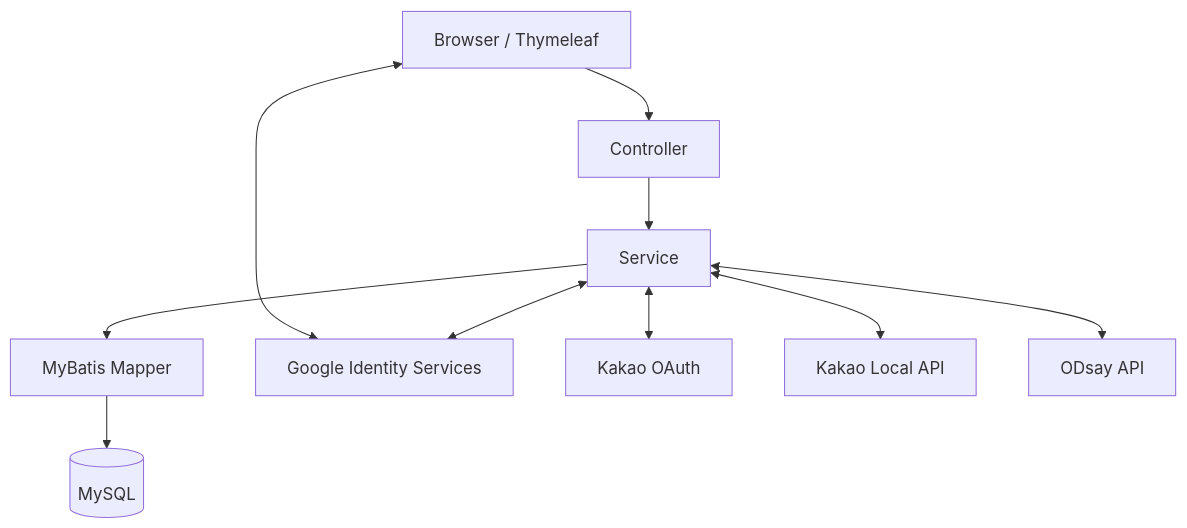
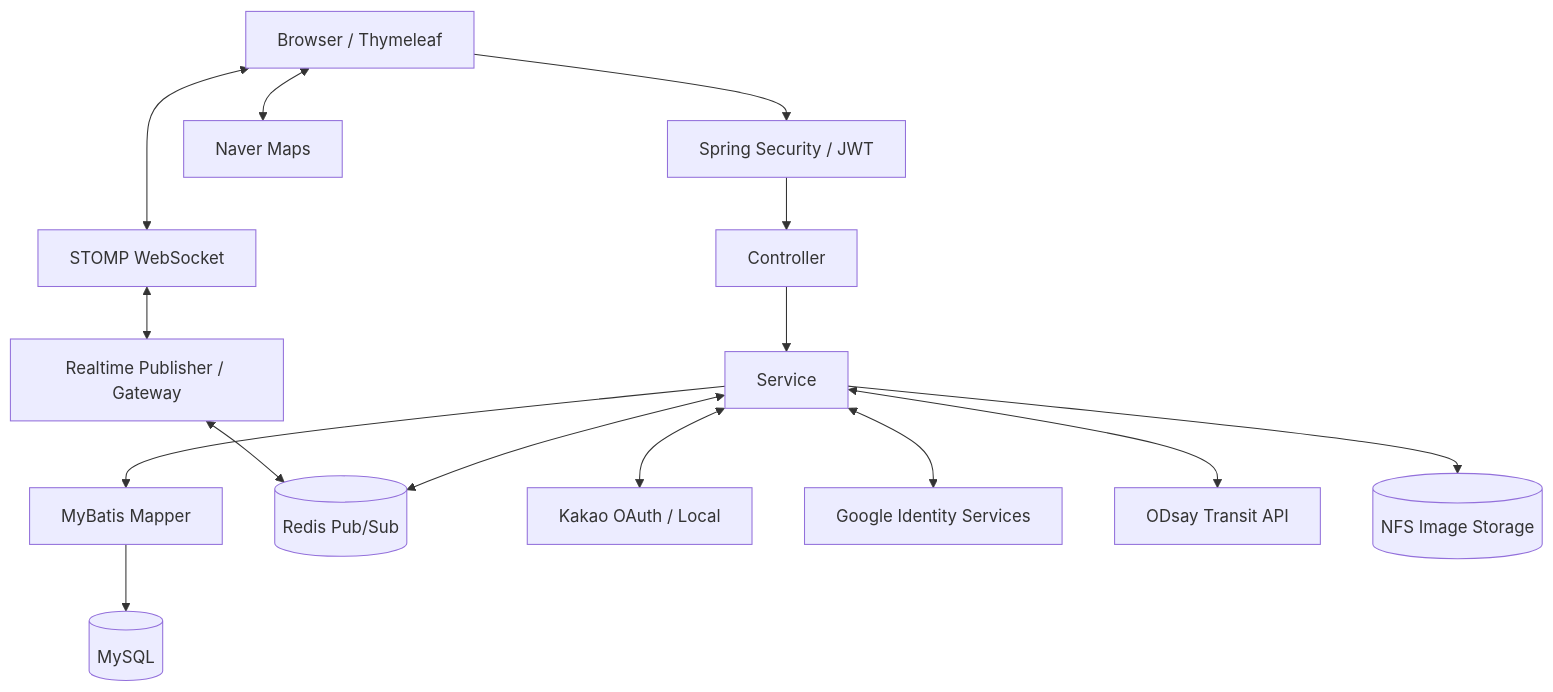
One commit to nembutal-sw/meetback changed the fourth of 5 diagrams in README.md. Above: the diagram before and after it, drawn with Mermaid. The commit also changed other lines of this file, not shown here.

````diff
--- a/README.md
+++ b/README.md
@@ -89,22 +182,19 @@
 ```mermaid
 flowchart TB
-    Browser[Browser / Thymeleaf]
-    Controller[Controller]
-    Service[Service]
-    Mapper[MyBatis Mapper]
-    DB[(MySQL)]
-    Google[Google Identity Services]
-    KakaoOAuth[Kakao OAuth]
-    KakaoLocal[Kakao Local API]
-    ODsay[ODsay API]
+    Browser[Browser / Thymeleaf] --> Security[Spring Security / JWT]
+    Browser <--> WS[STOMP WebSocket]
+    Security --> Controller[Controller]
+    Controller --> Service[Service]
+    Service --> Mapper[MyBatis Mapper]
+    Mapper --> DB[(MySQL)]
 
-    Browser --> Controller
-    Controller --> Service
-    Service --> Mapper
-    Mapper --> DB
-    Browser <--> Google
-    Service <--> Google
-    Service <--> KakaoOAuth
-    Service <--> KakaoLocal
-    Service <--> ODsay
+    Service <--> Redis[(Redis Pub/Sub)]
+    WS <--> Realtime[Realtime Publisher / Gateway]
+    Realtime <--> Redis
+
+    Service <--> Kakao[Kakao OAuth / Local]
+    Service <--> Google[Google Identity Services]
+    Service <--> ODsay[ODsay Transit API]
+    Browser <--> Naver[Naver Maps]
+    Service --> NFS[(NFS Image Storage)]
 ```
````
